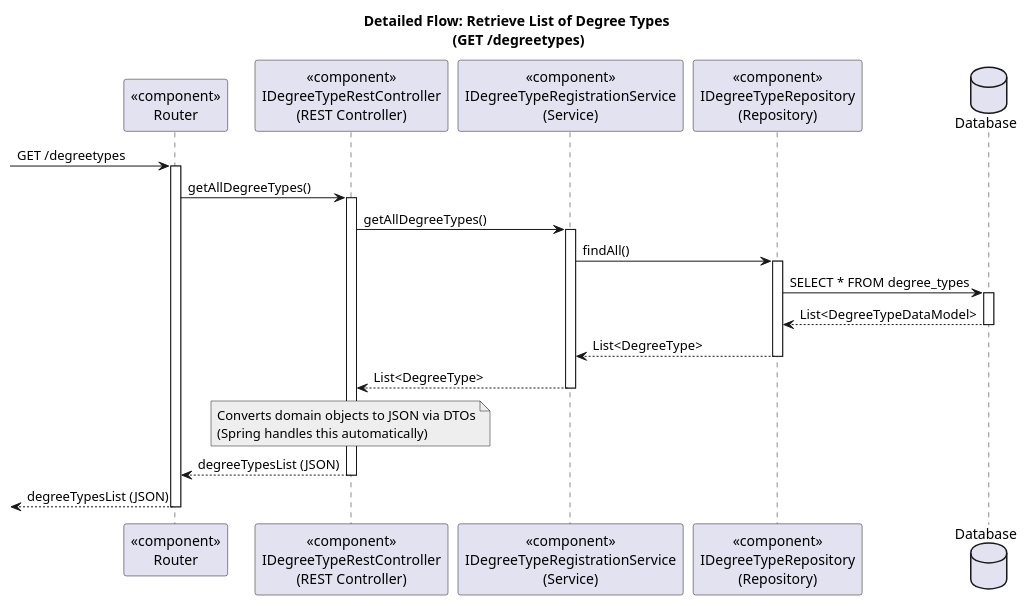
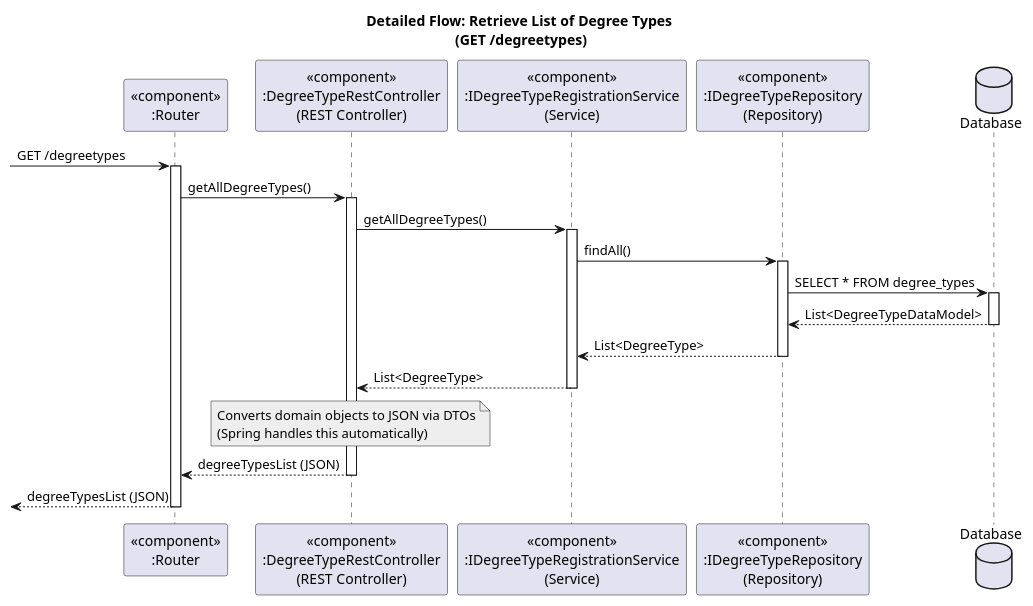
The diagram in docs/US19/Sprint6_RestAPI/ProcessView/references/Reference1_ListOfDegreeTypes.puml (GasparISEP/DevOps-PAI), drawn with PlantUML before and after one commit. The commit also changed 3 other files, not shown here.

Commit message:
[docs] Small fix: Rename incorrect components in all detailed flow diagrams for createCourseEdition (Level 3 Process View) (Refs: #536, #549)

```diff
--- a/docs/US19/Sprint6_RestAPI/ProcessView/references/Reference1_ListOfDegreeTypes.puml
+++ b/docs/US19/Sprint6_RestAPI/ProcessView/references/Reference1_ListOfDegreeTypes.puml
@@ -1,45 +1,45 @@
 @startuml
 title Detailed Flow: Retrieve List of Degree Types \n(GET /degreetypes)
 
-participant "<<component>>\nRouter" as Router
-participant "<<component>>\nIDegreeTypeRestController\n(REST Controller)" as Controller
-participant "<<component>>\nIDegreeTypeRegistrationService\n(Service)" as Service
-participant "<<component>>\nIDegreeTypeRepository\n(Repository)" as Repository
+participant "<<component>>\n:Router" as Router
+participant "<<component>>\n:DegreeTypeRestController\n(REST Controller)" as Controller
+participant "<<component>>\n:IDegreeTypeRegistrationService\n(Service)" as Service
+participant "<<component>>\n:IDegreeTypeRepository\n(Repository)" as Repository
 database "Database" as DB
 
 -> Router: GET /degreetypes
 activate Router
 
 Router -> Controller: getAllDegreeTypes()
 activate Controller
 
 Controller -> Service: getAllDegreeTypes()
 activate Service
 
 Service -> Repository: findAll()
 activate Repository
 
 Repository -> DB: SELECT * FROM degree_types
 activate DB
 
 DB --> Repository: List<DegreeTypeDataModel>
 deactivate DB
 
 Repository --> Service: List<DegreeType>
 deactivate Repository
 
 Service --> Controller: List<DegreeType>
 deactivate Service
 
 note over Controller #EEEEEE
 Converts domain objects to JSON via DTOs
 (Spring handles this automatically)
 end note
 
 Controller --> Router: degreeTypesList (JSON)
 deactivate Controller
 
 <-- Router : degreeTypesList (JSON)
 deactivate Router
 
 @enduml
```
